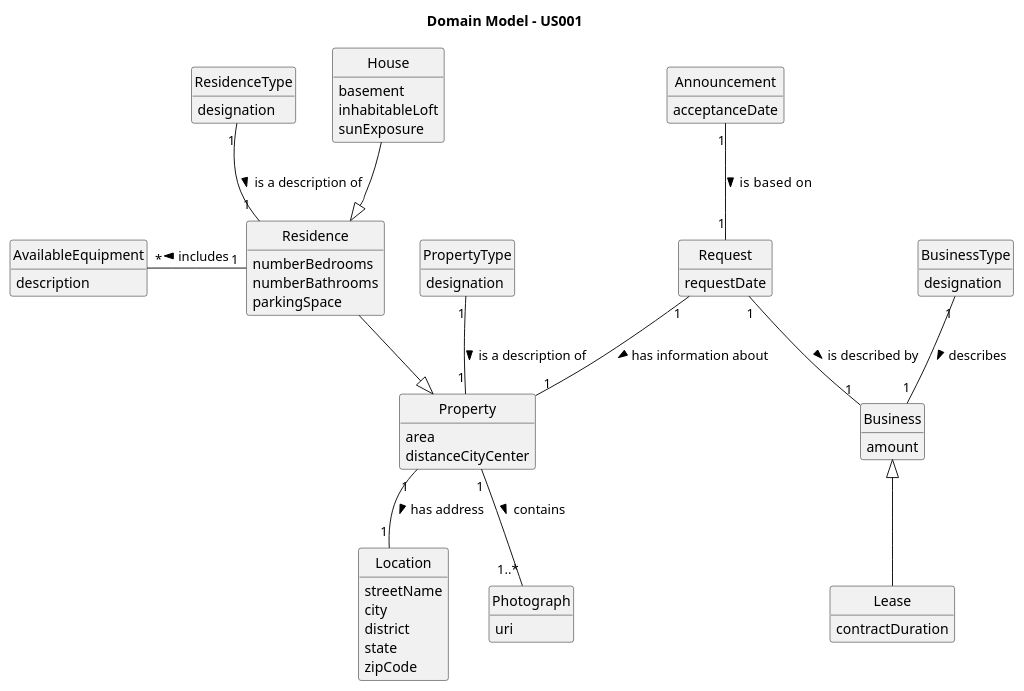
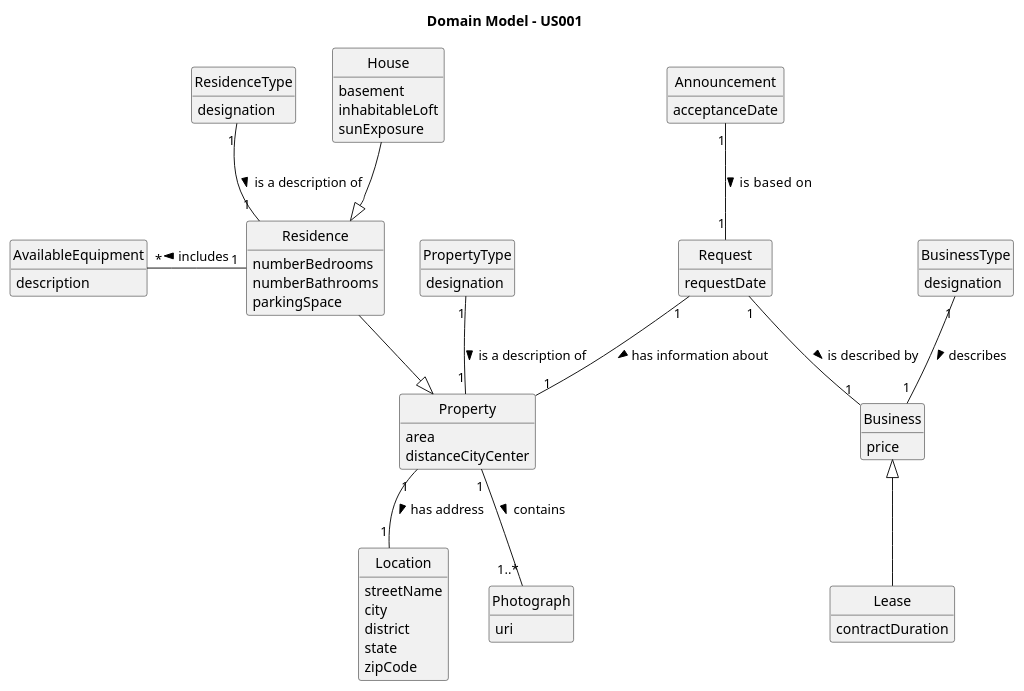
The diagram in docs/sprintB/us001/02.analysis/puml/us001-domain-model.puml (rita-barbosa/LAPR2-2223), drawn with PlantUML before and after one commit.

Commit message:
Update DM [US001][Analysis].

```diff
--- a/docs/sprintB/us001/02.analysis/puml/us001-domain-model.puml
+++ b/docs/sprintB/us001/02.analysis/puml/us001-domain-model.puml
@@ -1,87 +1,87 @@
 @startuml
 skinparam monochrome true
 skinparam packageStyle rectangle
 skinparam shadowing false
 
 'left to right direction
 
 skinparam classAttributeIconSize 0
 
 hide circle
 hide methods
 
 title Domain Model - US001
 
 
 class Announcement{
 acceptanceDate
 }
 
 class Property{
  area
  distanceCityCenter
 }
 
 class Residence{
  numberBedrooms
  numberBathrooms
  parkingSpace
 }
 
 class AvailableEquipment{
 description
 }
 
 class House{
  basement
  inhabitableLoft
  sunExposure
 }
 
 class PropertyType{
 designation
 }
 class ResidenceType{
 designation
 }
 class Photograph{
 uri
 }
 class Location{
 streetName
 city
 district
 state
 zipCode
 }
 class Business{
-amount
+price
 }
 class BusinessType{
 designation
 }
 class Lease{
 contractDuration
 }
 
 class Request{
 requestDate
 }
 
 
 Residence  --|>  Property
 House --|> Residence
 PropertyType "1" -- "1" Property: is a description of >
 ResidenceType "1" -- "1" Residence: is a description of >
 Property "1" -- "1..*" Photograph: contains >
 Property "1"--"1" Location: has address >
 Residence "1" -left "*"AvailableEquipment: includes >
 Property "1" -up- "1" Request : < has information about
 Request "1" -- "1" Business: is described by >
 Business <|-- Lease
 BusinessType "1" -- "1" Business : describes >
 Announcement "1" -- "1" Request : is  based on >
 
 
 
 @enduml
```
